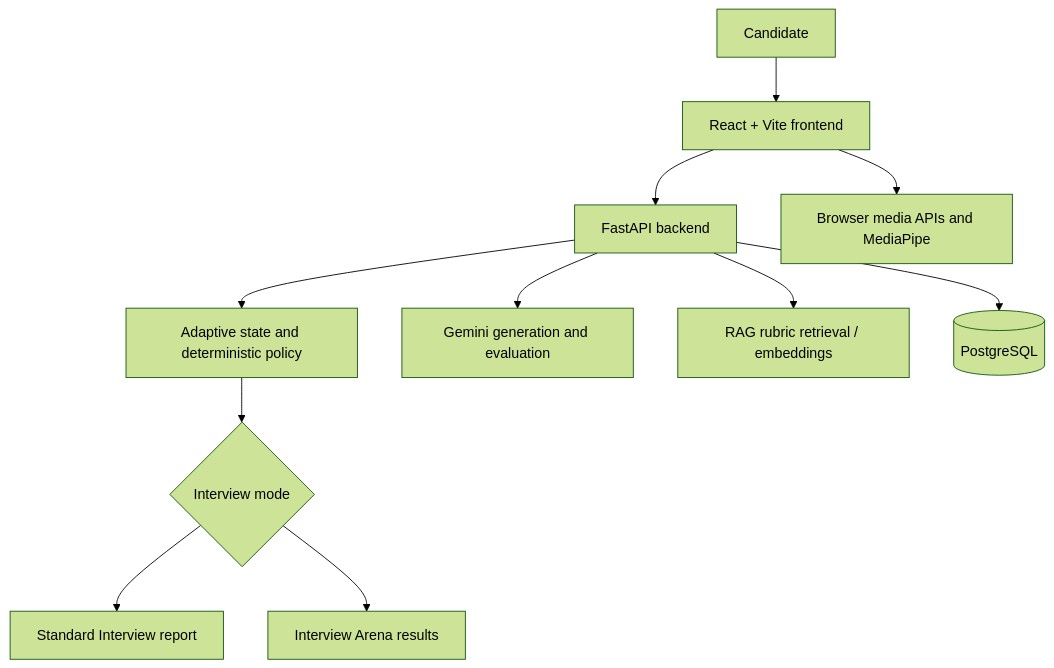
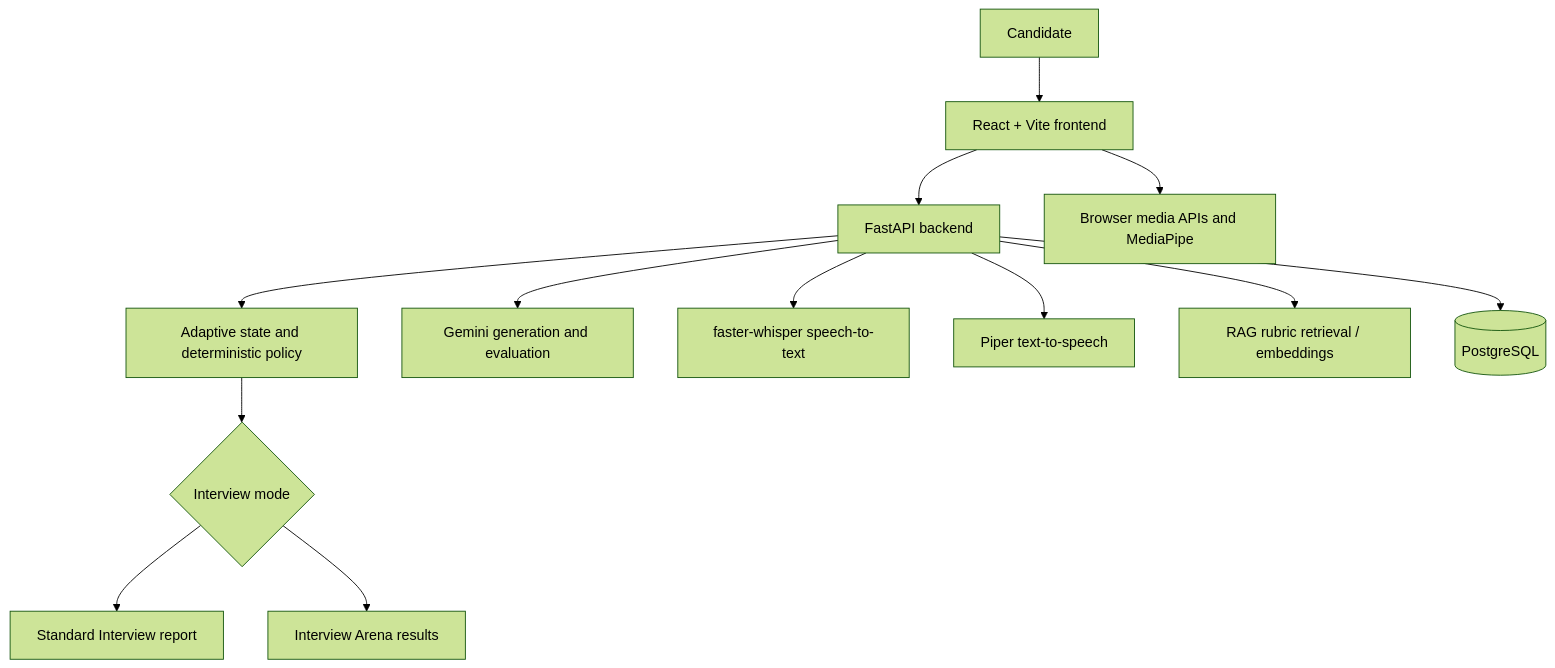
One commit to GaneshKotakonda/ai-interview-evaluation-sysytem changed the diagram in README.md. Above: the diagram before and after it, drawn with Mermaid (forest theme). The commit also changed other lines of this file and 50 other files, not shown here.

First line of the commit message:
feat: voice interview with speech-to-text, Piper TTS, scoring v2 and deployment setup

````diff
--- a/README.md
+++ b/README.md
@@ -18,13 +23,15 @@
 ```mermaid
 flowchart TD
   C[Candidate] --> F[React + Vite frontend]
   F --> A[FastAPI backend]
   A --> S[Adaptive state and deterministic policy]
   A --> G[Gemini generation and evaluation]
+  A --> W[faster-whisper speech-to-text]
+  A --> T[Piper text-to-speech]
   A --> R[RAG rubric retrieval / embeddings]
   A --> P[(PostgreSQL)]
   F --> M[Browser media APIs and MediaPipe]
   S --> I{Interview mode}
   I --> ST[Standard Interview report]
   I --> AR[Interview Arena results]
 ```
````
